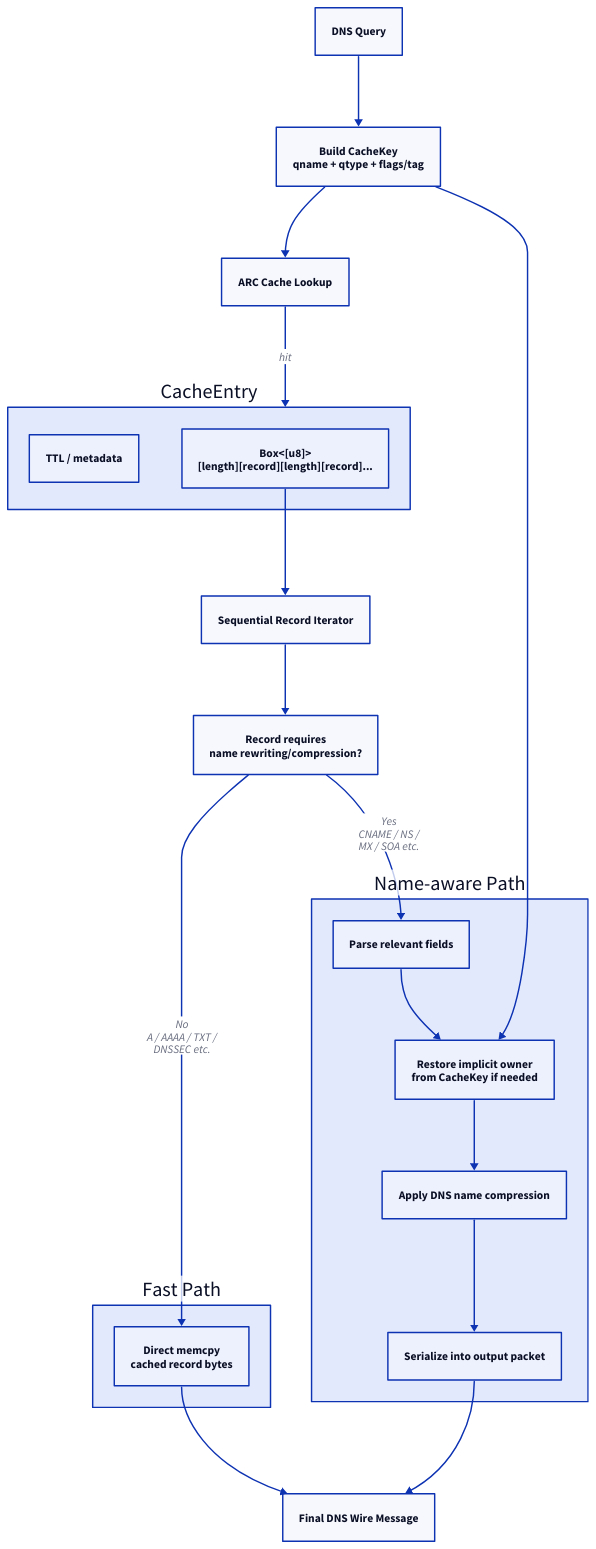
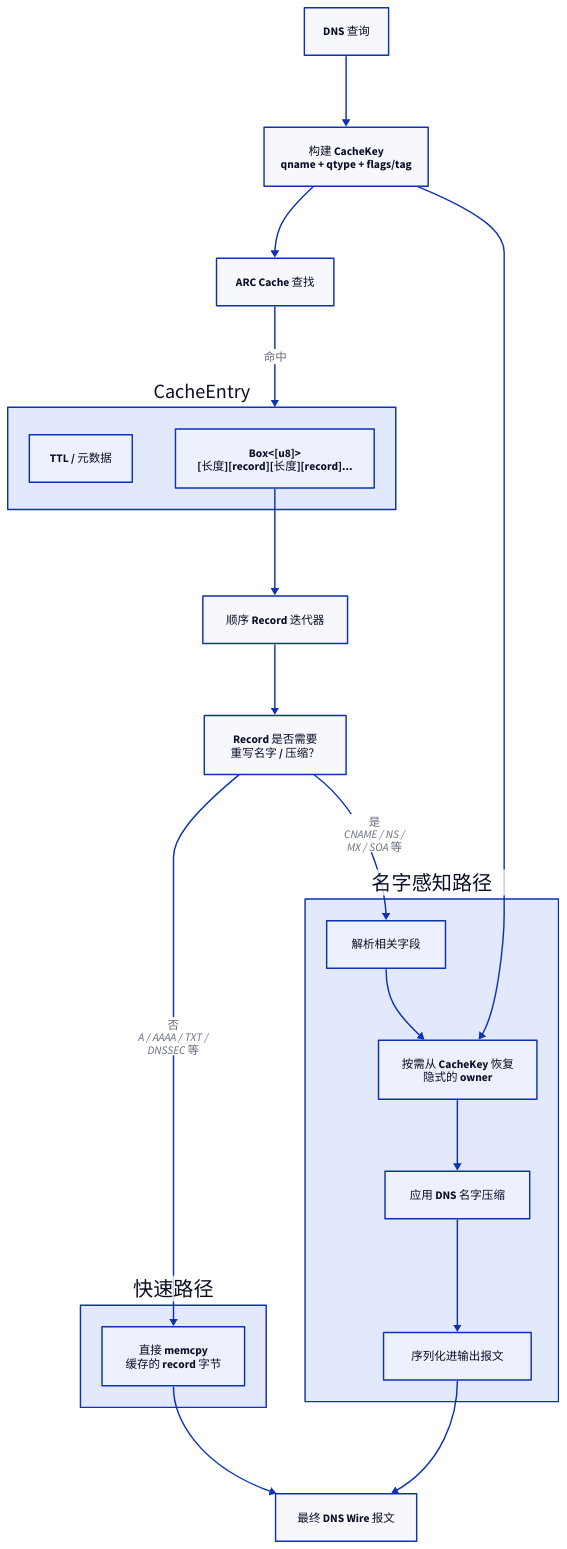
The ninth of 11 diagrams in content/posts/how-cloudflare-1111-saved-100-tb-of-memory-by-refactoring-dns-cache-memory-layout-by-chatgpt-mh23d.md (Disdjj/blog), drawn with D2 before and after one commit. The commit also changed other lines of this file, not shown here.

````diff
--- a/content/posts/how-cloudflare-1111-saved-100-tb-of-memory-by-refactoring-dns-cache-memory-layout-by-chatgpt-mh23d.md
+++ b/content/posts/how-cloudflare-1111-saved-100-tb-of-memory-by-refactoring-dns-cache-memory-layout-by-chatgpt-mh23d.md
@@ -1470,53 +1468,53 @@
 ```d2
 direction: down
 
-query: "DNS Query"
+query: "DNS 查询"
 
-key: "Build CacheKey\nqname + qtype + flags/tag"
+key: "构建 CacheKey\nqname + qtype + flags/tag"
 
-lookup: "ARC Cache Lookup"
+lookup: "ARC Cache 查找"
 
 entry: "CacheEntry" {
-  meta: "TTL / metadata"
-  bytes: "Box<[u8]>\n[length][record][length][record]..."
+  meta: "TTL / 元数据"
+  bytes: "Box<[u8]>\n[长度][record][长度][record]..."
 }
 
-iterate: "Sequential Record Iterator"
+iterate: "顺序 Record 迭代器"
 
-decision: "Record requires\nname rewriting/compression?"
+decision: "Record 是否需要\n重写名字 / 压缩？"
 
-fast: "Fast Path" {
-  copy: "Direct memcpy\ncached record bytes"
+fast: "快速路径" {
+  copy: "直接 memcpy\n缓存的 record 字节"
 }
 
-slow: "Name-aware Path" {
-  parse: "Parse relevant fields"
-  restore: "Restore implicit owner\nfrom CacheKey if needed"
-  compress: "Apply DNS name compression"
-  serialize: "Serialize into output packet"
+slow: "名字感知路径" {
+  parse: "解析相关字段"
+  restore: "按需从 CacheKey 恢复\n隐式的 owner"
+  compress: "应用 DNS 名字压缩"
+  serialize: "序列化进输出报文"
 }
 
-output: "Final DNS Wire Message"
+output: "最终 DNS Wire 报文"
 
 query -> key
 key -> lookup
 
-lookup -> entry: "hit"
+lookup -> entry: "命中"
 
 entry.bytes -> iterate
 
 iterate -> decision
 
-decision -> fast.copy: "No\nA / AAAA / TXT /\nDNSSEC etc."
+decision -> fast.copy: "否\nA / AAAA / TXT /\nDNSSEC 等"
 
-decision -> slow.parse: "Yes\nCNAME / NS /\nMX / SOA etc."
+decision -> slow.parse: "是\nCNAME / NS /\nMX / SOA 等"
 
 key -> slow.restore
 
 slow.parse -> slow.restore
 slow.restore -> slow.compress
 slow.compress -> slow.serialize
 
 fast.copy -> output
 slow.serialize -> output
 ```
````
